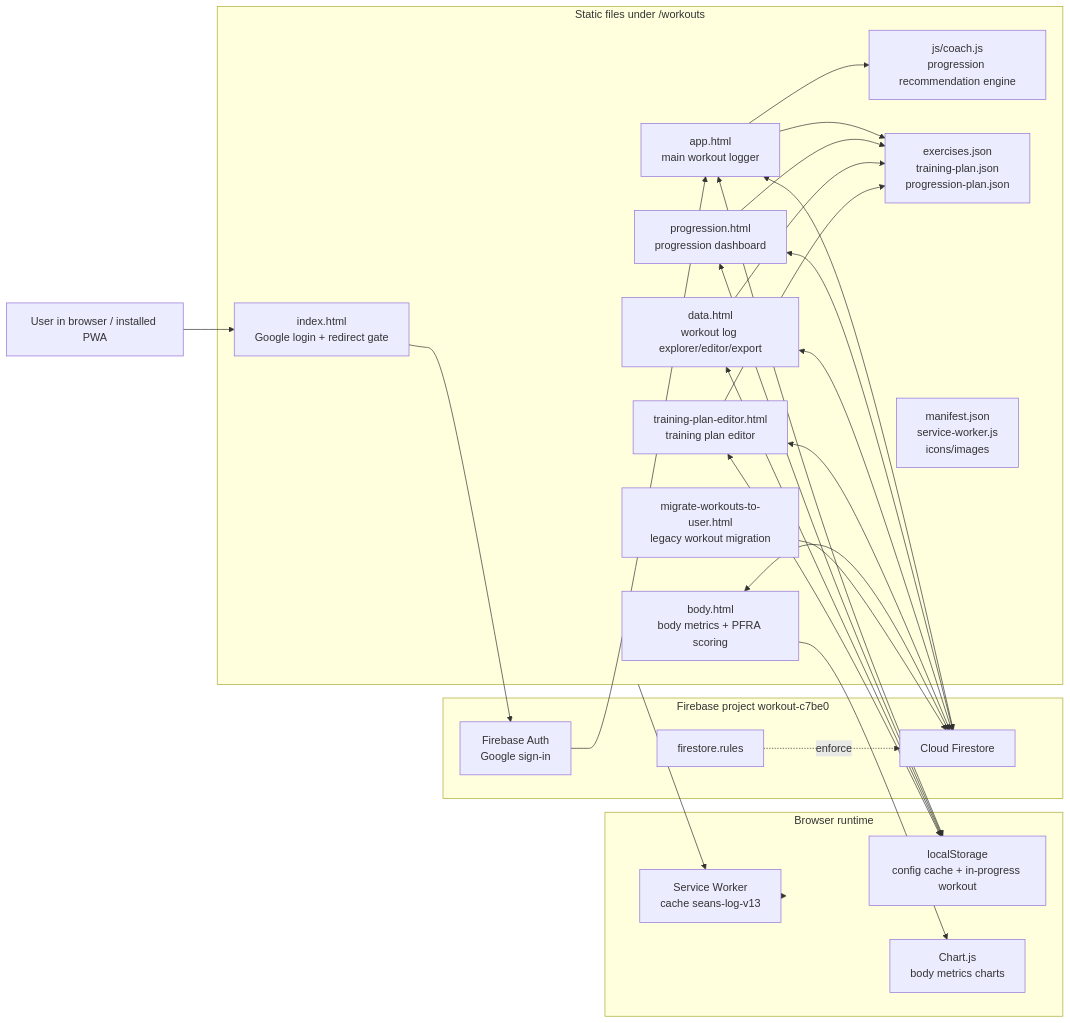
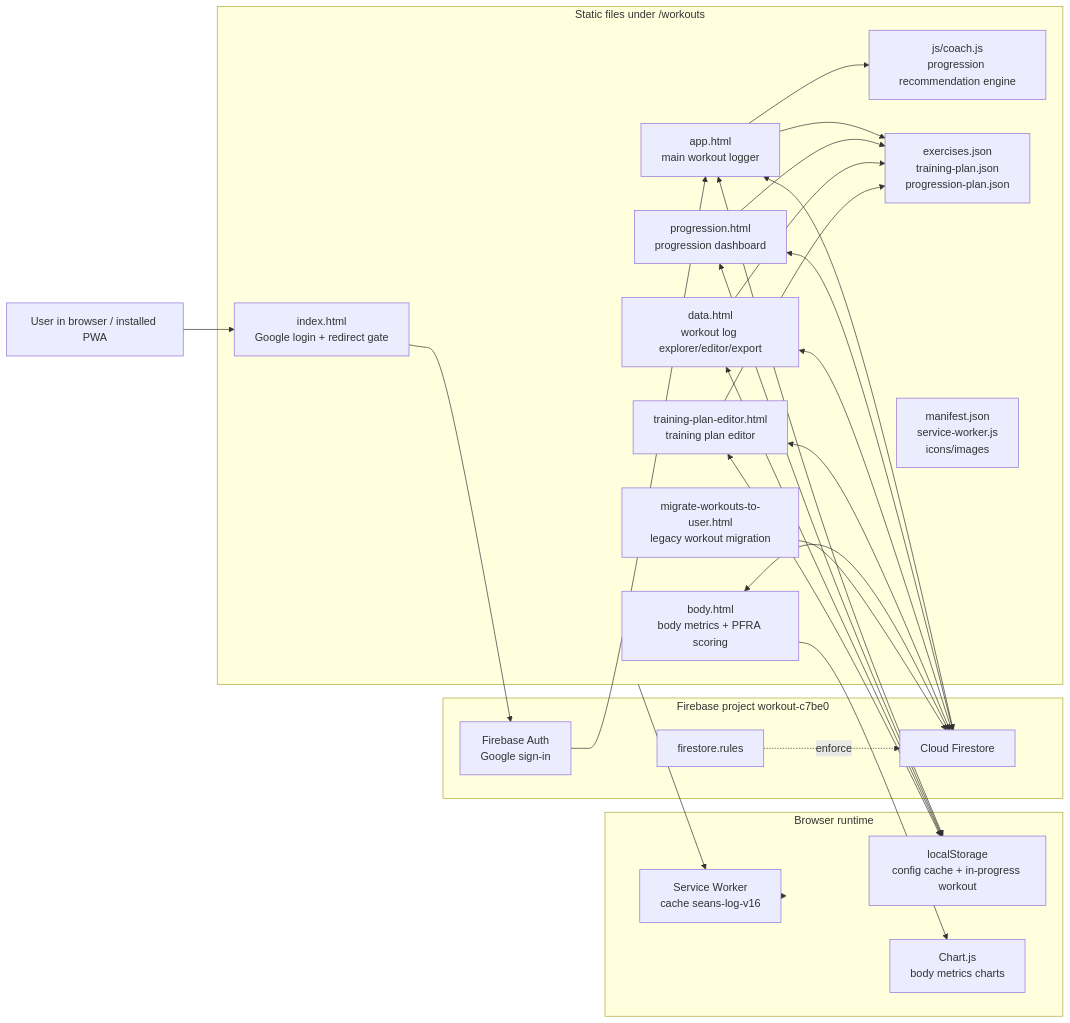
The first of 5 diagrams in workouts/WORKOUTS_ARCHITECTURE.md (0sps/sull1van.com), drawn with Mermaid before and after one commit. The commit also changed other lines of this file and 7 other files, not shown here.

````diff
--- a/workouts/WORKOUTS_ARCHITECTURE.md
+++ b/workouts/WORKOUTS_ARCHITECTURE.md
@@ -13,52 +13,52 @@
 ```mermaid
 flowchart LR
     User["User in browser / installed PWA"]
 
     subgraph Static["Static files under /workouts"]
         Login["index.html<br/>Google login + redirect gate"]
         App["app.html<br/>main workout logger"]
         Progression["progression.html<br/>progression dashboard"]
         Body["body.html<br/>body metrics + PFRA scoring"]
         Data["data.html<br/>workout log explorer/editor/export"]
         Editor["training-plan-editor.html<br/>training plan editor"]
         Migration["migrate-workouts-to-user.html<br/>legacy workout migration"]
         Coach["js/coach.js<br/>progression recommendation engine"]
         Seeds["exercises.json<br/>training-plan.json<br/>progression-plan.json"]
         PWA["manifest.json<br/>service-worker.js<br/>icons/images"]
     end
 
     subgraph Browser["Browser runtime"]
-        SW["Service Worker<br/>cache seans-log-v13"]
+        SW["Service Worker<br/>cache seans-log-v16"]
         LS["localStorage<br/>config cache + in-progress workout"]
         Charts["Chart.js<br/>body metrics charts"]
     end
 
     subgraph Firebase["Firebase project workout-c7be0"]
         Auth["Firebase Auth<br/>Google sign-in"]
         Firestore["Cloud Firestore"]
         Rules["firestore.rules"]
     end
 
     User --> Login
     Login --> Auth
     Auth --> App
     App --> Coach
     App --> Seeds
     Progression --> Seeds
     Data --> Seeds
     Editor --> Seeds
     App <--> LS
     Progression <--> LS
     Data <--> LS
     Editor <--> LS
     Body --> Charts
     Static --> SW
     SW --> Browser
     App <--> Firestore
     Progression <--> Firestore
     Data <--> Firestore
     Editor <--> Firestore
     Body <--> Firestore
     Migration --> Firestore
     Rules -. enforce .-> Firestore
 ```
````
